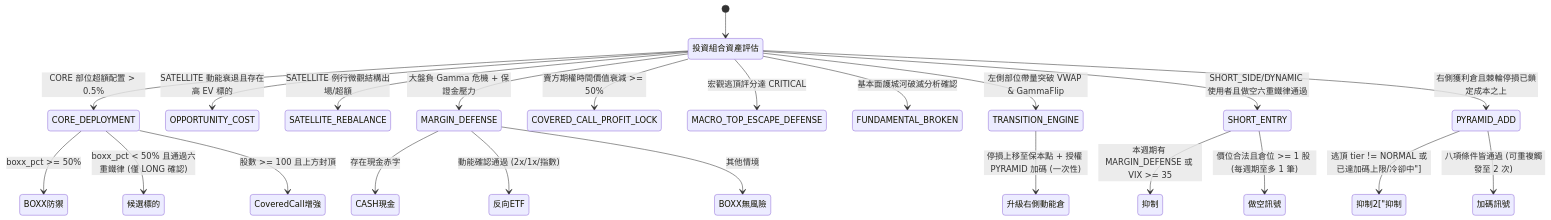
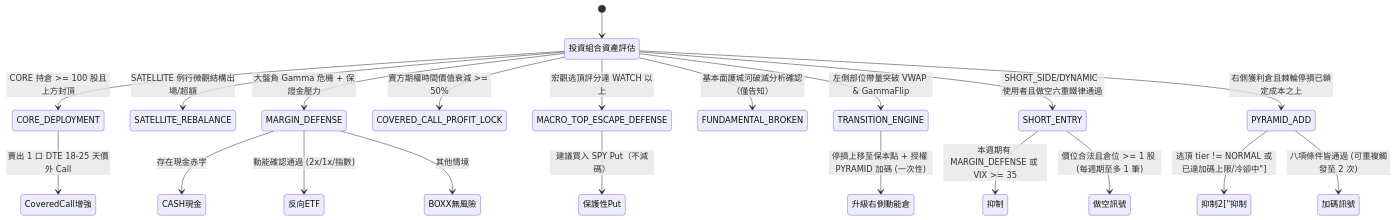
One commit to cosmo-chang-1701/nexus-seeker changed the first of 2 diagrams in docs/strategies/04_dynamic_rollover_state_machine.md. Above: the diagram before and after it, drawn with Mermaid. The commit also changed other lines of this file and 12 other files, not shown here.

````diff
--- a/docs/strategies/04_dynamic_rollover_state_machine.md
+++ b/docs/strategies/04_dynamic_rollover_state_machine.md
@@ -290,31 +179,30 @@
 ```mermaid
 stateDiagram-v2
     [*] --> 投資組合資產評估
 
-    投資組合資產評估 --> CORE_DEPLOYMENT: CORE 部位超額配置 > 0.5%
-    投資組合資產評估 --> OPPORTUNITY_COST: SATELLITE 動能衰退且存在高 EV 標的
+    投資組合資產評估 --> CORE_DEPLOYMENT: CORE 持倉 >= 100 股且上方封頂
     投資組合資產評估 --> SATELLITE_REBALANCE: SATELLITE 例行微觀結構出場/超額
     投資組合資產評估 --> MARGIN_DEFENSE: 大盤負 Gamma 危機 + 保證金壓力
     投資組合資產評估 --> COVERED_CALL_PROFIT_LOCK: 賣方期權時間價值衰減 >= 50%
-    投資組合資產評估 --> MACRO_TOP_ESCAPE_DEFENSE: 宏觀逃頂評分達 CRITICAL
-    投資組合資產評估 --> FUNDAMENTAL_BROKEN: 基本面護城河破滅分析確認
+    投資組合資產評估 --> MACRO_TOP_ESCAPE_DEFENSE: 宏觀逃頂評分達 WATCH 以上
+    投資組合資產評估 --> FUNDAMENTAL_BROKEN: 基本面護城河破滅分析確認（僅告知）
     投資組合資產評估 --> TRANSITION_ENGINE: 左側部位帶量突破 VWAP & GammaFlip
     投資組合資產評估 --> SHORT_ENTRY: SHORT_SIDE/DYNAMIC 使用者且做空六重鐵律通過
     投資組合資產評估 --> PYRAMID_ADD: 右側獲利倉且棘輪停損已鎖定成本之上
 
-    CORE_DEPLOYMENT --> BOXX防禦: boxx_pct >= 50%
-    CORE_DEPLOYMENT --> 候選標的: boxx_pct < 50% 且通過六重鐵律 (僅 LONG 確認)
-    CORE_DEPLOYMENT --> CoveredCall增強: 股數 >= 100 且上方封頂
+    CORE_DEPLOYMENT --> CoveredCall增強: 賣出 1 口 DTE 18-25 天價外 Call
+
+    MACRO_TOP_ESCAPE_DEFENSE --> 保護性Put: 建議買入 SPY Put（不減碼）
 
     MARGIN_DEFENSE --> CASH現金: 存在現金赤字
     MARGIN_DEFENSE --> 反向ETF: 動能確認通過 (2x/1x/指數)
     MARGIN_DEFENSE --> BOXX無風險: 其他情境
 
     TRANSITION_ENGINE --> 升級右側動能倉: 停損上移至保本點 + 授權 PYRAMID 加碼 (一次性)
 
     SHORT_ENTRY --> 抑制: 本週期有 MARGIN_DEFENSE 或 VIX >= 35
     SHORT_ENTRY --> 做空訊號: 價位合法且倉位 >= 1 股 (每週期至多 1 筆)
 
     PYRAMID_ADD --> 抑制2["抑制: 逃頂 tier != NORMAL 或已達加碼上限/冷卻中"]
     PYRAMID_ADD --> 加碼訊號: 八項條件皆通過 (可重複觸發至 2 次)
 ```
````
